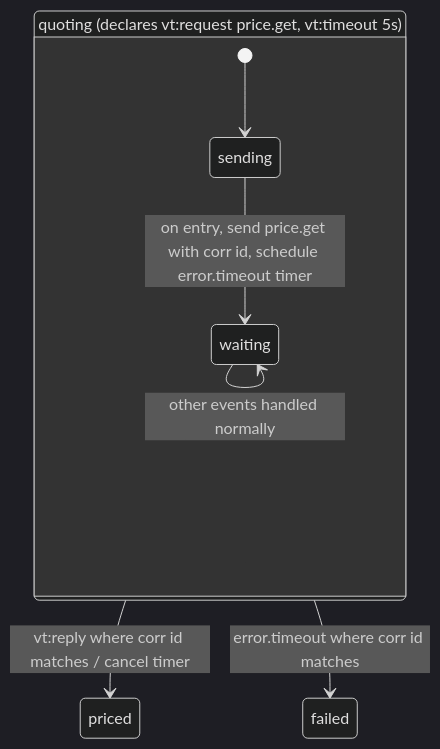
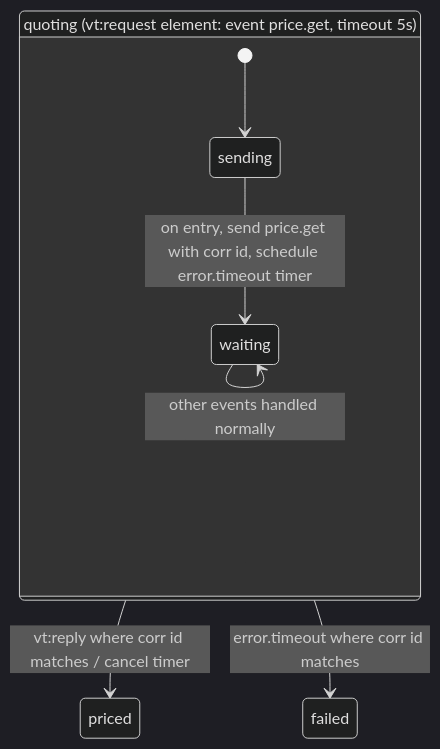
Before and after one commit to Volland/vertep: the ninth of 13 diagrams in tg.md/views/runtime.md, drawn with Mermaid (dark theme). The commit also changed other lines of this file and 9 other files, not shown here.

First line of the commit message:
Bring the architecture views in line with the code

````diff
--- a/tg.md/views/runtime.md
+++ b/tg.md/views/runtime.md
@@ -283,10 +316,10 @@
 ```mermaid
 stateDiagram-v2
-    state "quoting (declares vt:request price.get, vt:timeout 5s)" as quoting {
+    state "quoting (vt:request element: event price.get, timeout 5s)" as quoting {
         [*] --> sending
         sending --> waiting: on entry, send price.get with corr id, schedule error.timeout timer
         waiting --> waiting: other events handled normally
     }
     quoting --> priced: vt:reply where corr id matches / cancel timer
     quoting --> failed: error.timeout where corr id matches
 ```
````
